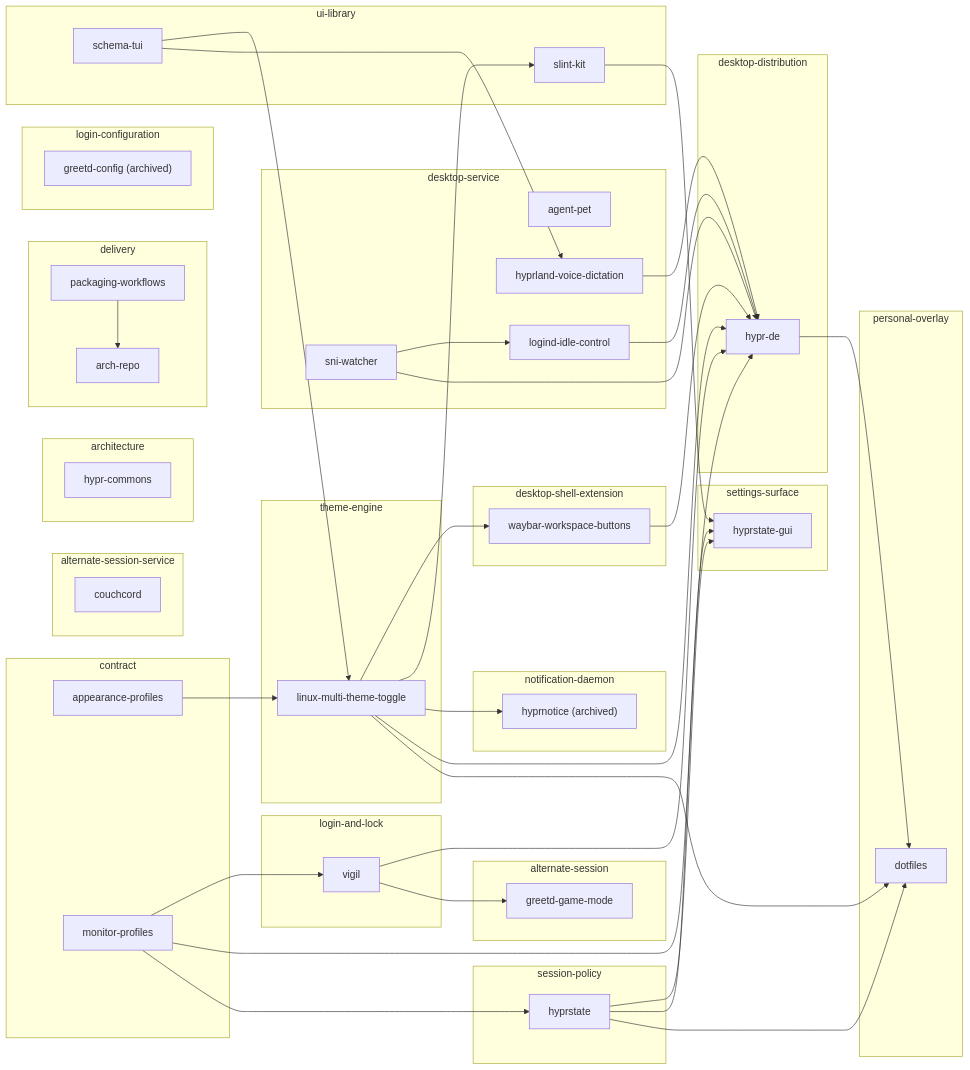
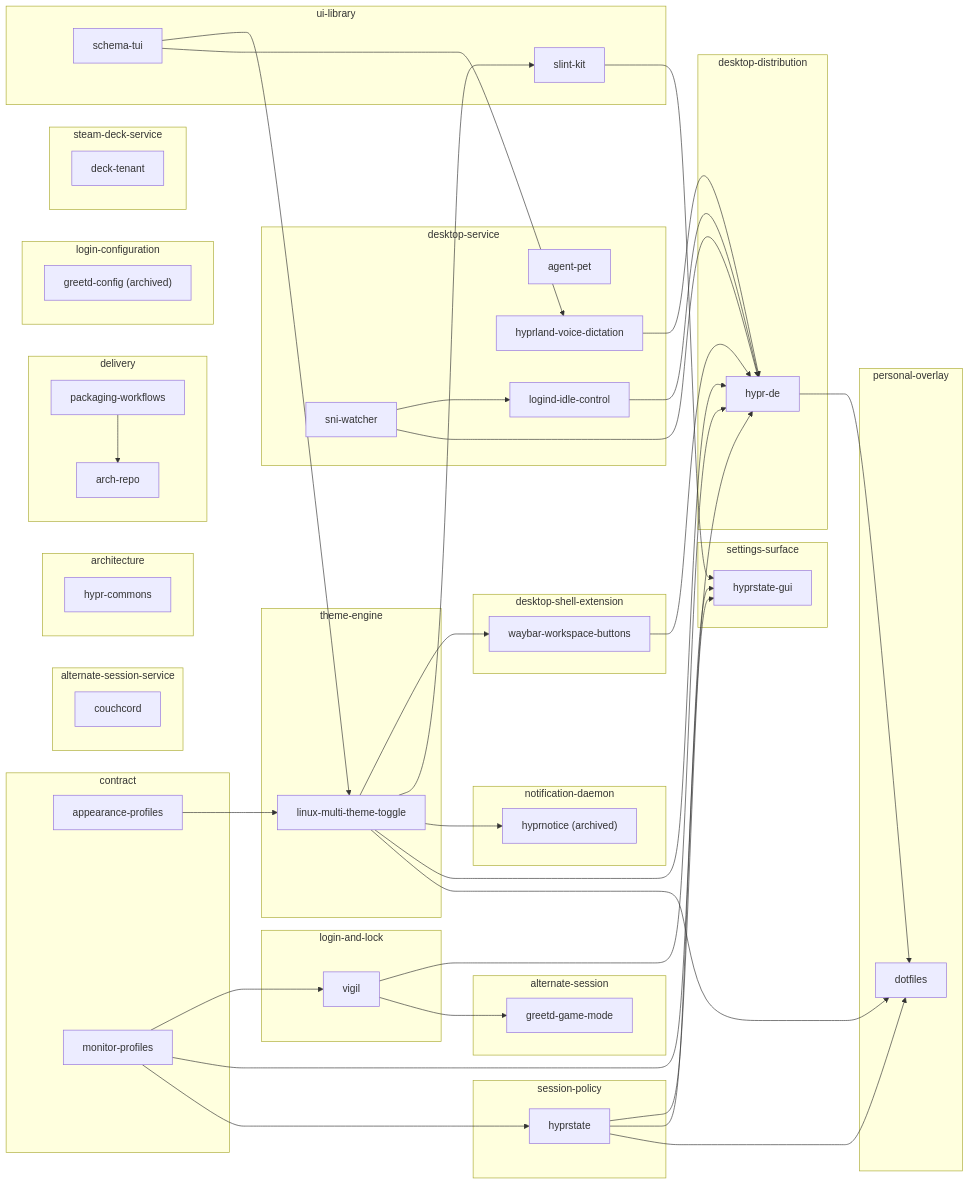
Before and after one commit to MasonRhodesDev/desktop-commons: the diagram in docs/ECOSYSTEM.md, drawn with Mermaid. The commit also changed other lines of this file and 8 other files, not shown here.

```diff
--- a/docs/ECOSYSTEM.md
+++ b/docs/ECOSYSTEM.md
@@ -53,6 +53,9 @@
     subgraph role_settings_surface["settings-surface"]
         repo_hyprstate_gui["hyprstate-gui"]
     end
+    subgraph role_steam_deck_service["steam-deck-service"]
+        repo_deck_tenant["deck-tenant"]
+    end
     subgraph role_theme_engine["theme-engine"]
         repo_linux_multi_theme_toggle["linux-multi-theme-toggle"]
     end
```
